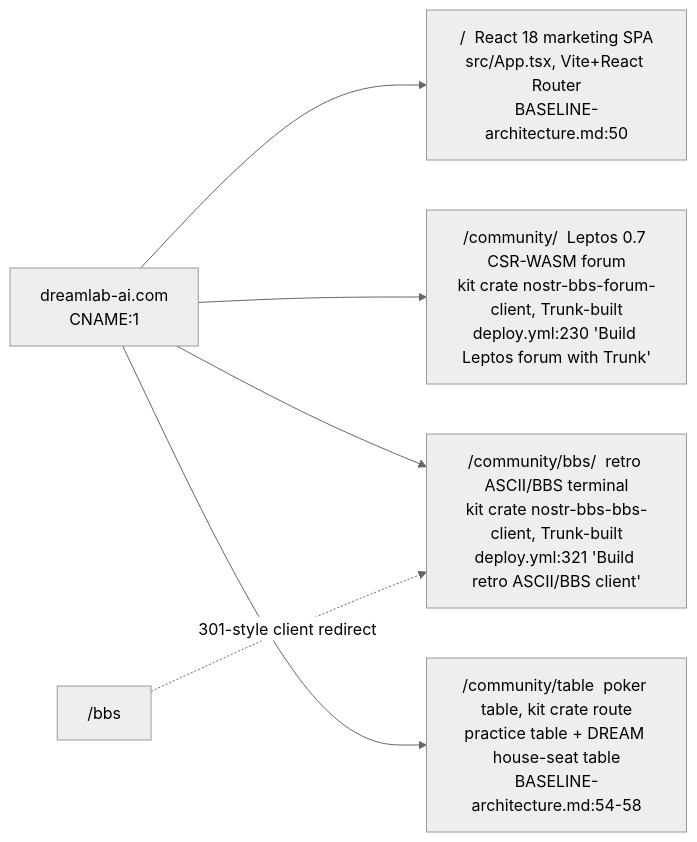
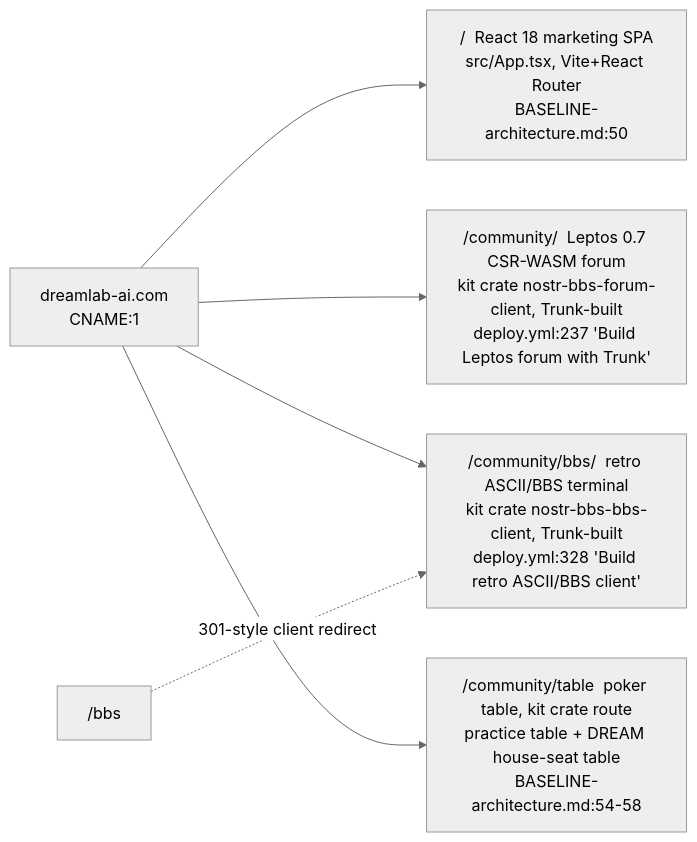
Before and after one commit to DreamLab-AI/VisionFlow: the second of 7 diagrams in docs/diagrams/dreamlab-ai-website/01-repo-composition-and-deploy-topology.md, drawn with Mermaid (neutral theme). The commit also changed other lines of this file and 80 other files, not shown here.

First line of the commit message:
docs(diagrams): re-verify the agentbox, dreamlab, estate and visionflow corpus against current sources

````diff
--- a/docs/diagrams/dreamlab-ai-website/01-repo-composition-and-deploy-topology.md
+++ b/docs/diagrams/dreamlab-ai-website/01-repo-composition-and-deploy-topology.md
@@ -38,8 +38,8 @@
 ```mermaid
 flowchart LR
     ORIGIN["dreamlab-ai.com<br/>CNAME:1"] --> ROOT["/  React 18 marketing SPA<br/>src/App.tsx, Vite+React Router<br/>BASELINE-architecture.md:50"]
-    ORIGIN --> COMM["/community/  Leptos 0.7 CSR-WASM forum<br/>kit crate nostr-bbs-forum-client, Trunk-built<br/>deploy.yml:230 'Build Leptos forum with Trunk'"]
-    ORIGIN --> BBS["/community/bbs/  retro ASCII/BBS terminal<br/>kit crate nostr-bbs-bbs-client, Trunk-built<br/>deploy.yml:321 'Build retro ASCII/BBS client'"]
+    ORIGIN --> COMM["/community/  Leptos 0.7 CSR-WASM forum<br/>kit crate nostr-bbs-forum-client, Trunk-built<br/>deploy.yml:237 'Build Leptos forum with Trunk'"]
+    ORIGIN --> BBS["/community/bbs/  retro ASCII/BBS terminal<br/>kit crate nostr-bbs-bbs-client, Trunk-built<br/>deploy.yml:328 'Build retro ASCII/BBS client'"]
     ORIGIN --> TBL["/community/table  poker table, kit crate route<br/>practice table + DREAM house-seat table<br/>BASELINE-architecture.md:54-58"]
     LEGACY["/bbs"] -. "301-style client redirect" .-> BBS
 ```
````
